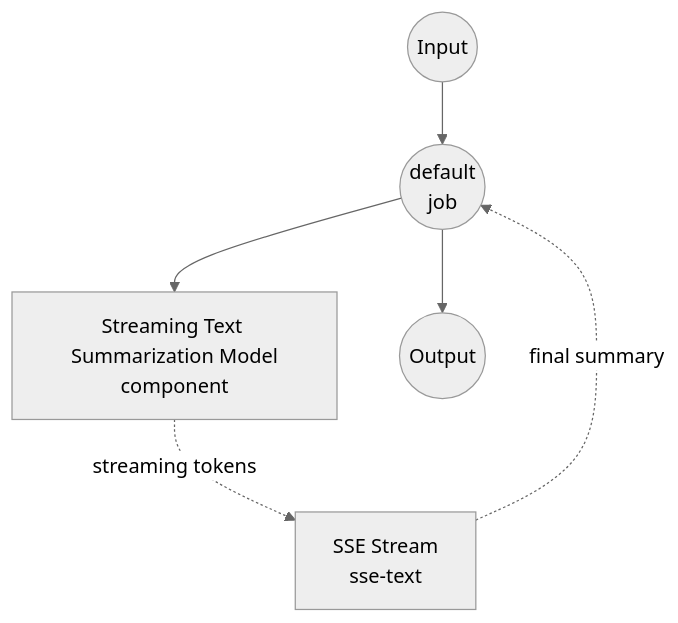
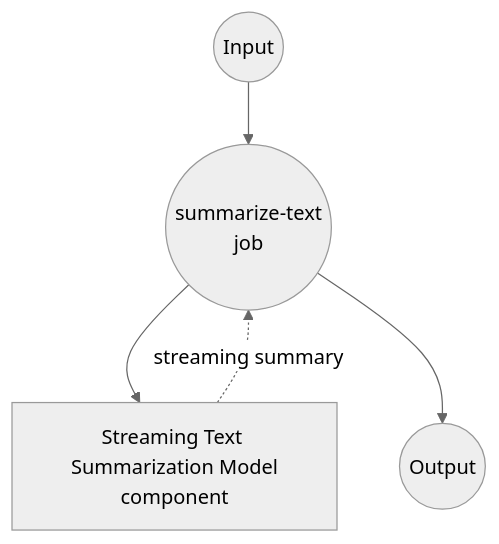
Before and after one commit to hanyeol/model-compose: the diagram in examples/model-tasks/summarization-stream/README.md, drawn with Mermaid (neutral theme). The commit also changed other lines of this file and 30 other files, not shown here.

````diff
--- a/examples/model-tasks/summarization-stream/README.md
+++ b/examples/model-tasks/summarization-stream/README.md
@@ -111,20 +109,16 @@
 ```mermaid
 graph TD
-    %% Default job (implicit)
-    J1((default<br/>job))
+    %% Jobs (circles)
+    J1((summarize-text<br/>job))
 
-    %% Component
+    %% Components (rectangles)
     C1[Streaming Text Summarization Model<br/>component]
-
-    %% Streaming output
-    S1[SSE Stream<br/>sse-text]
 
     %% Job to component connections (solid: invokes, dotted: returns)
     J1 --> C1
-    C1 -.-> |streaming tokens| S1
-    S1 -.-> |final summary| J1
+    C1 -.-> |streaming summary| J1
 
     %% Input/Output
     Input((Input)) --> J1
     J1 --> Output((Output))
 ```
````
